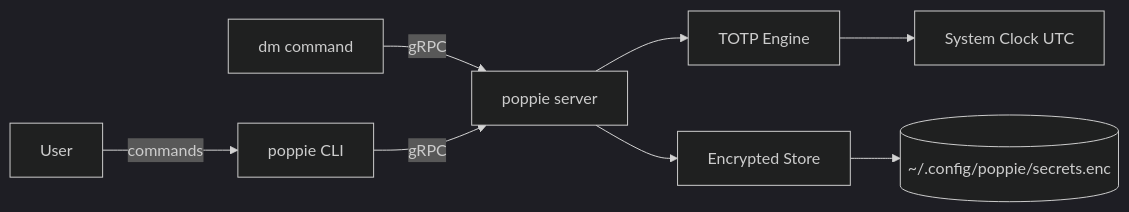
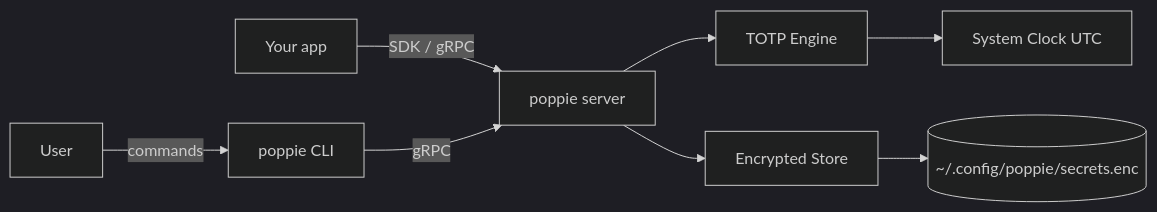
One commit to barkingiguana/poppie changed the diagram in docs/architecture.md. Above: the diagram before and after it, drawn with Mermaid (dark theme). The commit also changed other lines of this file and 13 other files, not shown here.

````diff
--- a/docs/architecture.md
+++ b/docs/architecture.md
@@ -16,10 +14,10 @@
 ```mermaid
 graph LR
     User -->|commands| CLI[poppie CLI]
-    DM[dm command] -->|gRPC| Server[poppie server]
+    App[Your app] -->|SDK / gRPC| Server[poppie server]
     CLI -->|gRPC| Server
     Server --> TOTP[TOTP Engine]
     Server --> Store[Encrypted Store]
     Store --> Disk[(~/.config/poppie/secrets.enc)]
     TOTP --> Clock[System Clock UTC]
 ```
````
